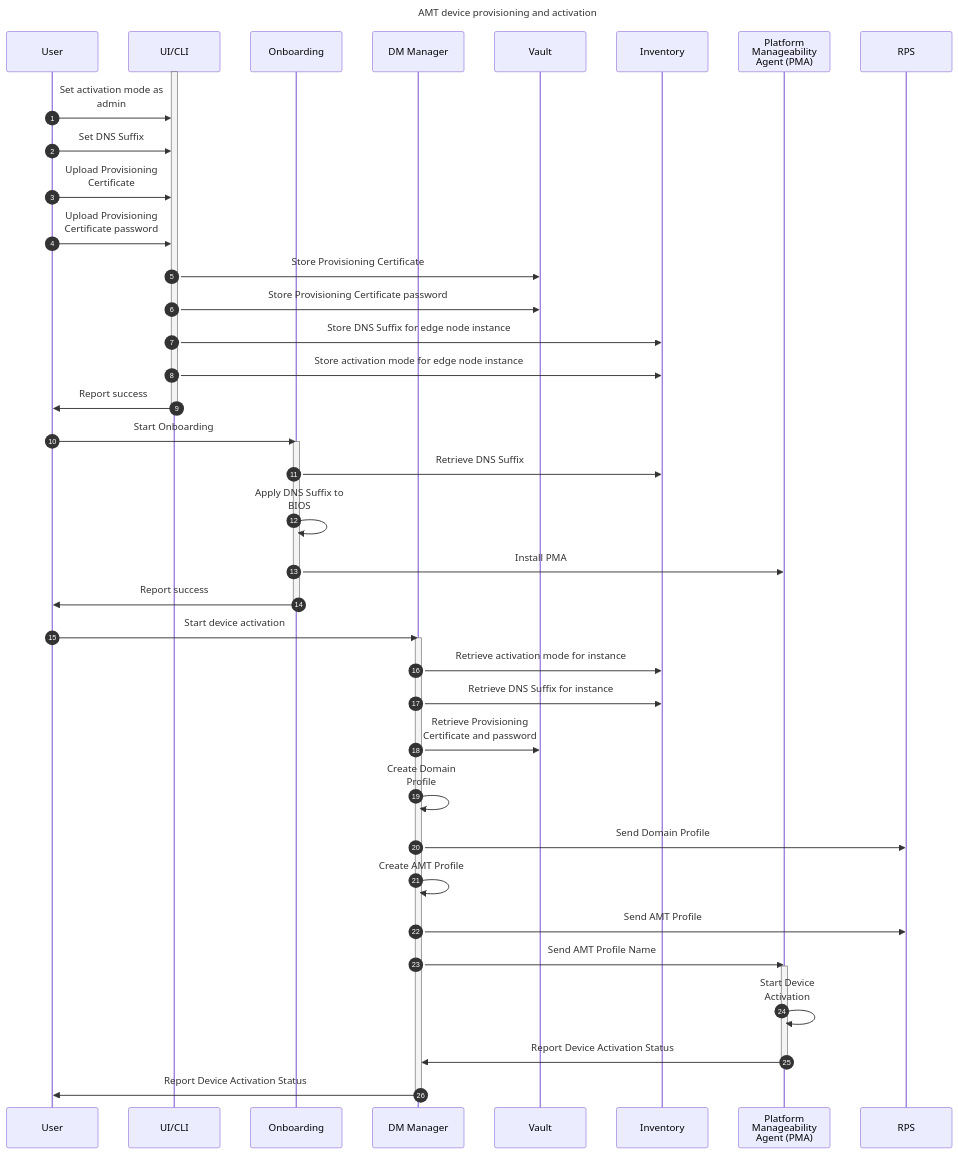
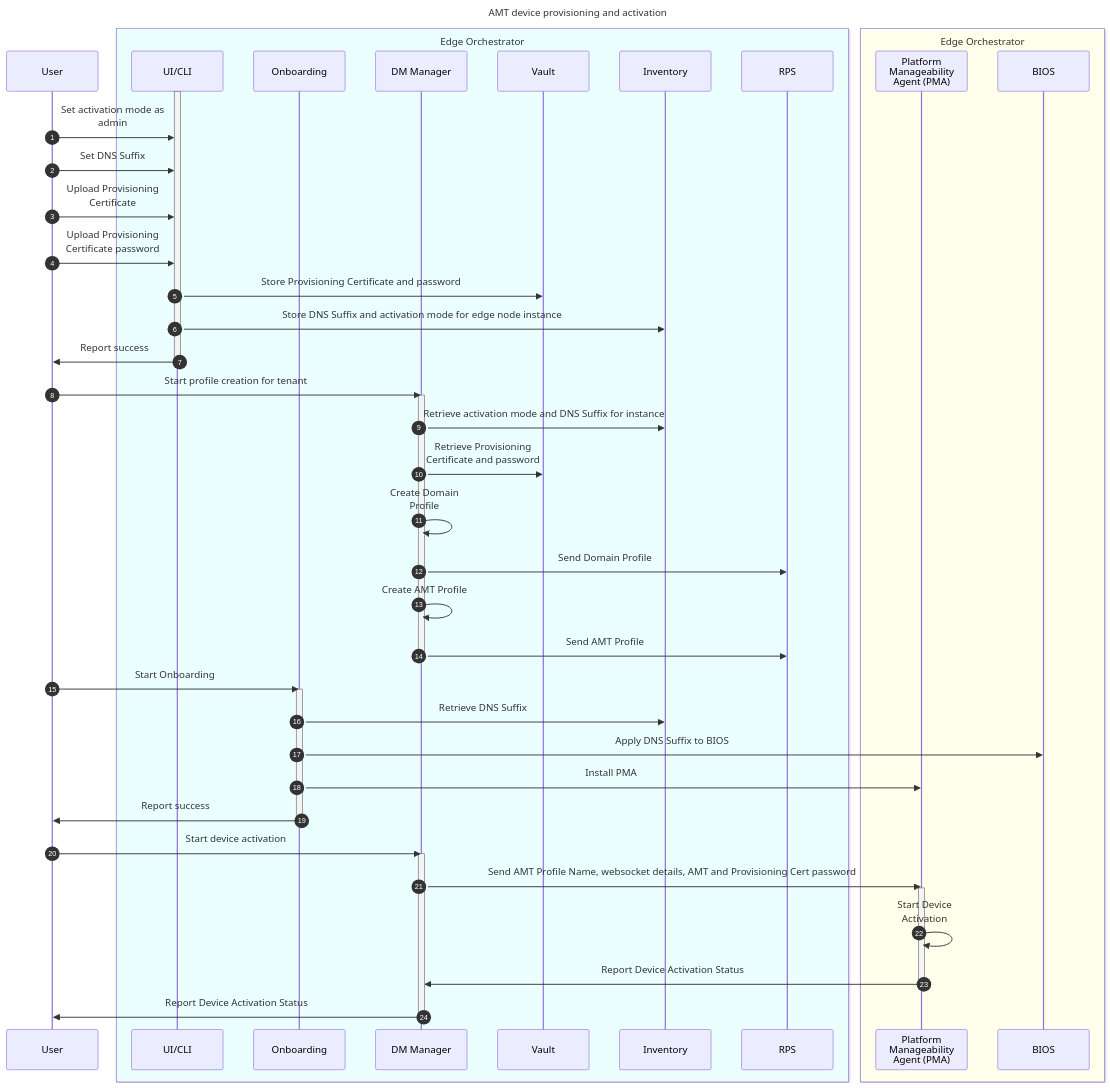
One commit to open-edge-platform/edge-manageability-framework changed the fifth of 5 diagrams in design-proposals/vpro-rm.md. Above: the diagram before and after it, drawn with Mermaid.

Commit message:
Address review comments

`````diff
--- a/design-proposals/vpro-rm.md
+++ b/design-proposals/vpro-rm.md
@@ -276,48 +276,53 @@
 ```mermaid
 sequenceDiagram
   title: AMT device provisioning and activation
   %%{wrap}%%
   autonumber
   participant US as User
+  box rgb(235,255,255) Edge Orchestrator
   participant UI as UI/CLI
   participant ON as Onboarding
   participant DM as DM Manager
   participant VT as Vault
   participant IN as Inventory
+  participant RP as RPS
+  end
+  box rgba(255,255,235) Edge Orchestrator
   participant PM as Platform Manageability Agent (PMA)
-  participant RP as RPS
+  participant OS as BIOS
+  end
   activate UI
   US ->> UI: Set activation mode as admin
   US ->> UI: Set DNS Suffix
   US ->> UI: Upload Provisioning Certificate
   US ->> UI: Upload Provisioning Certificate password
-  UI ->> VT: Store Provisioning Certificate
-  UI ->> VT: Store Provisioning Certificate password
-  UI ->> IN: Store DNS Suffix for edge node instance
-  UI ->> IN: Store activation mode for edge node instance
+  UI ->> VT: Store Provisioning Certificate and password
+  UI ->> IN: Store DNS Suffix and activation mode for edge node instance
   UI ->> US: Report success
   deactivate UI
+  US ->> DM: Start profile creation for tenant
+  activate DM
+  DM ->> IN: Retrieve activation mode and DNS Suffix for instance
+  DM ->> VT: Retrieve Provisioning Certificate and password
+  DM ->> DM: Create Domain Profile
+  DM ->> RP: Send Domain Profile
+  DM ->> DM: Create AMT Profile
+  DM ->> RP: Send AMT Profile
+  deactivate DM
   US ->> ON: Start Onboarding
   activate ON
   ON ->> IN: Retrieve DNS Suffix
-  ON ->> ON: Apply DNS Suffix to BIOS
+  ON ->> OS: Apply DNS Suffix to BIOS
   ON ->> PM: Install PMA
   ON ->> US: Report success
   deactivate ON
   US ->> DM: Start device activation
   activate DM
-  DM ->> IN: Retrieve activation mode for instance
-  DM ->> IN: Retrieve DNS Suffix for instance
-  DM ->> VT: Retrieve Provisioning Certificate and password
-  DM ->> DM: Create Domain Profile
-  DM ->> RP: Send Domain Profile
-  DM ->> DM: Create AMT Profile
-  DM ->> RP: Send AMT Profile
-  DM ->> PM: Send AMT Profile Name
+  DM ->> PM: Send AMT Profile Name, websocket details, AMT and Provisioning Cert password
   activate PM
   PM ->> PM: Start Device Activation
   PM ->> DM: Report Device Activation Status
   deactivate PM
   DM ->> US: Report Device Activation Status
   deactivate DM
 ````
`````
